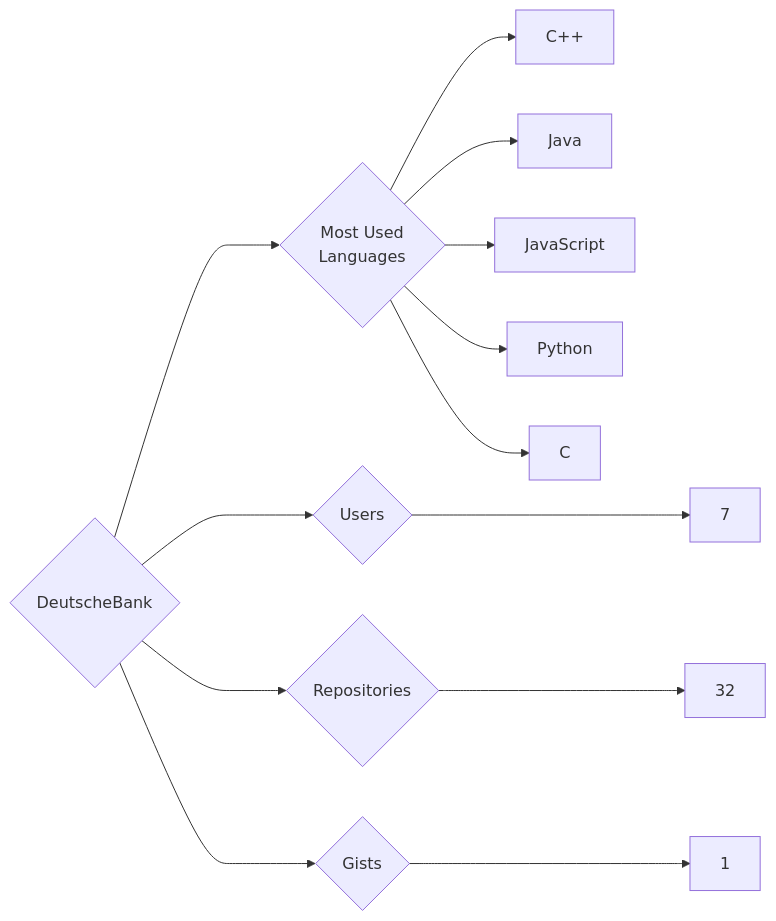
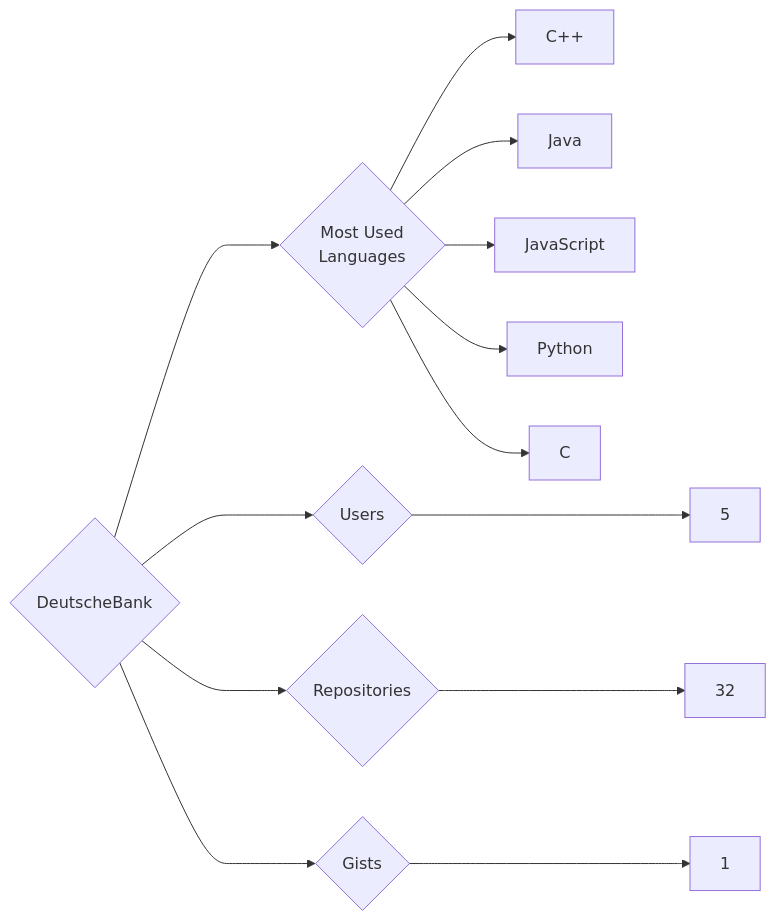
Before and after one commit to trickest/insiders: the diagram in targets/DeutscheBank/README.md, drawn with Mermaid. The commit also changed 865 other files, not shown here.

````diff
--- a/targets/DeutscheBank/README.md
+++ b/targets/DeutscheBank/README.md
@@ -3,13 +3,13 @@
 ```mermaid
 graph LR
 COMPANY_NAME{DeutscheBank}
-COMPANY_NAME ---> U{Users} ---> UN[7]
+COMPANY_NAME ---> U{Users} ---> UN[5]
 COMPANY_NAME ---> R{Repositories} ---> RN[32]
 COMPANY_NAME ---> G{Gists} ---> GN[1]
 COMPANY_NAME ---> ML{Most Used<br>Languages}
 ML --> C++[C++]
 ML --> Java[Java]
 ML --> JavaScript[JavaScript]
 ML --> Python[Python]
 ML --> C[C]
 ```
````
